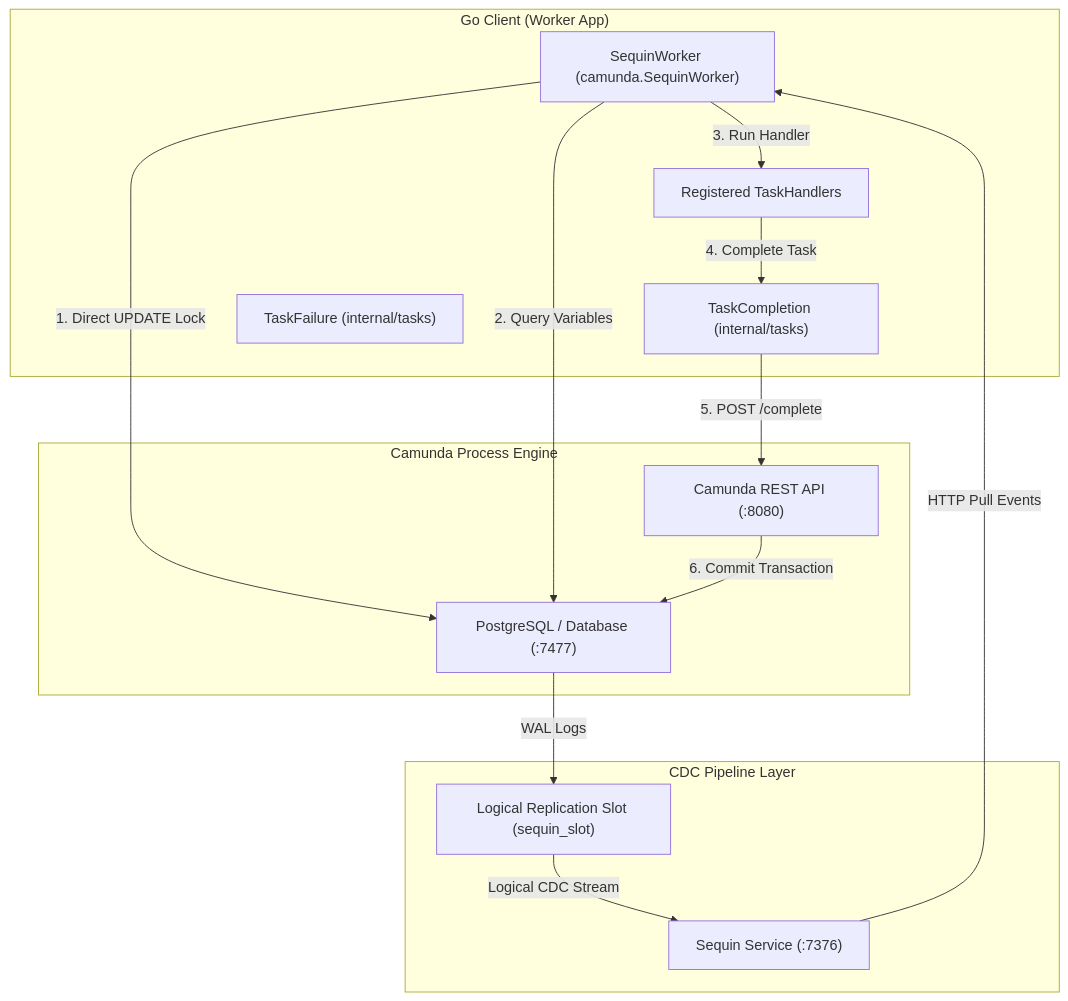
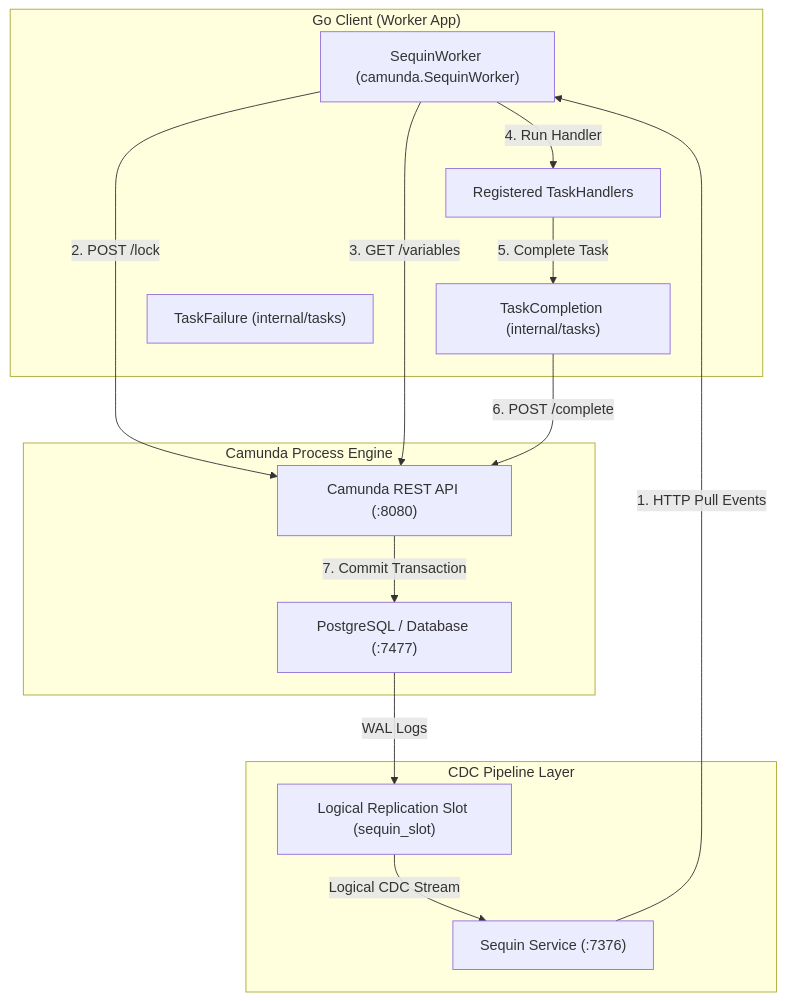
One commit to nativebpm/connectors changed the diagram in camunda/README.md. Above: the diagram before and after it, drawn with Mermaid. The commit also changed other lines of this file and 5 other files, not shown here.

Commit message:
feat(camunda): refactor Sequin CDC worker to run database-free, utilizing Camunda REST APIs for locking and variables

````diff
--- a/camunda/README.md
+++ b/camunda/README.md
@@ -19,32 +19,32 @@
 ```mermaid
 graph TD
     subgraph "Go Client (Worker App)"
         Worker["SequinWorker (camunda.SequinWorker)"]
         TC["TaskCompletion (internal/tasks)"]
         TF["TaskFailure (internal/tasks)"]
         Handlers["Registered TaskHandlers"]
     end
     
     subgraph "CDC Pipeline Layer"
         Sequin["Sequin Service (:7376)"]
         WAL["Logical Replication Slot (sequin_slot)"]
     end
     
     subgraph "Camunda Process Engine"
         REST["Camunda REST API (:8080)"]
         DB["PostgreSQL / Database (:7477)"]
     end
 
     %% WAL CDC path
     DB -->|WAL Logs| WAL
     WAL -->|Logical CDC Stream| Sequin
-    Sequin -->|HTTP Pull Events| Worker
+    Sequin -->|1. HTTP Pull Events| Worker
     
     %% Task execution path
-    Worker -->|1. Direct UPDATE Lock| DB
-    Worker -->|2. Query Variables| DB
-    Worker -->|3. Run Handler| Handlers
-    Handlers -->|4. Complete Task| TC
-    TC -->|5. POST /complete| REST
-    REST -->|6. Commit Transaction| DB
+    Worker -->|2. POST /lock| REST
+    Worker -->|3. GET /variables| REST
+    Worker -->|4. Run Handler| Handlers
+    Handlers -->|5. Complete Task| TC
+    TC -->|6. POST /complete| REST
+    REST -->|7. Commit Transaction| DB
 ```
````
